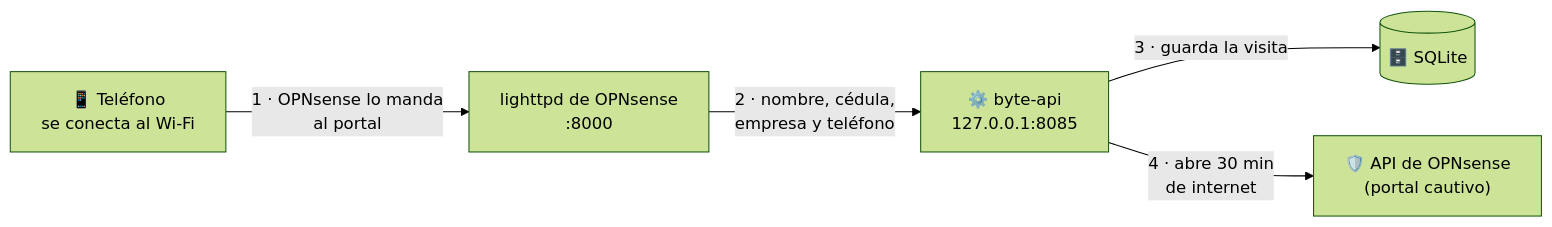
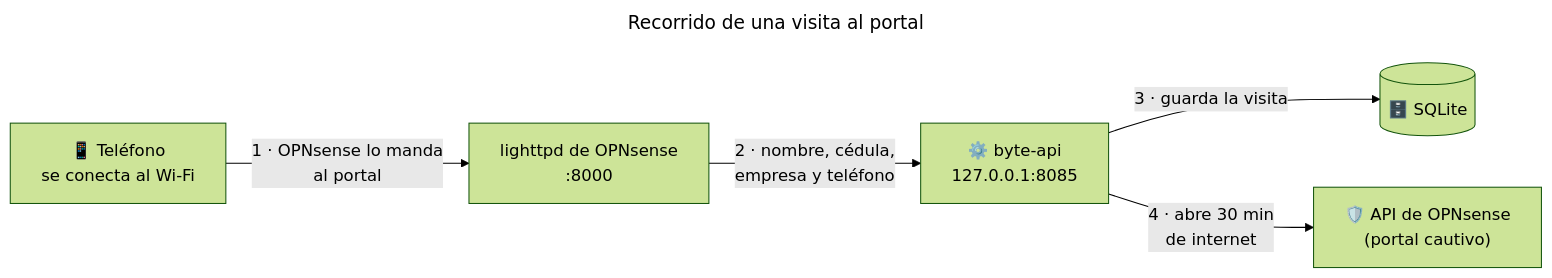
One commit to TipoTramquilo/byteservices-portal changed the diagram in README.md. Above: the diagram before and after it, drawn with Mermaid (forest theme).

Commit message:
docs(readme): título en el diagrama de una visita

````diff
--- a/README.md
+++ b/README.md
@@ -279,7 +279,10 @@
 ```mermaid
+---
+title: Recorrido de una visita al portal
+---
 flowchart LR
   T["📱 Teléfono<br/>se conecta al Wi-Fi"] -->|"1 · OPNsense lo manda<br/>al portal"| L["lighttpd de OPNsense<br/>:8000"]
   L -->|"2 · nombre, cédula,<br/>empresa y teléfono"| A["⚙️ byte-api<br/>127.0.0.1:8085"]
   A -->|"3 · guarda la visita"| DB[("🗄️ SQLite")]
   A -->|"4 · abre 30 min<br/>de internet"| O["🛡️ API de OPNsense<br/>(portal cautivo)"]
 ```
````
